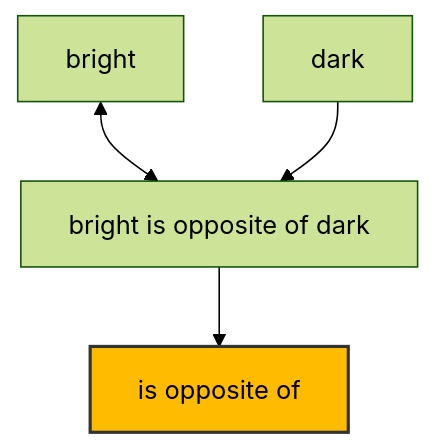
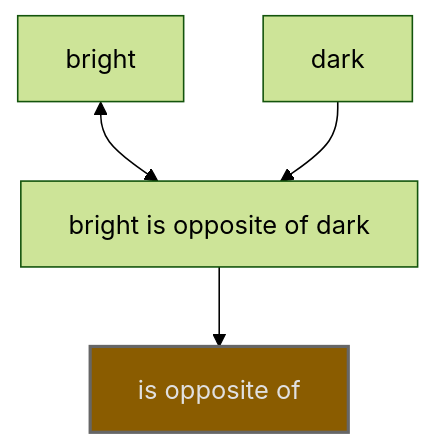
The third of 3 diagrams in mkdocs/docs/index.md (acrion/zelph), drawn with Mermaid (forest theme) before and after one commit. The commit also changed other lines of this file and 13 other files, not shown here.

First line of the commit message:
Use 64-bit Node everywhere, harden Mermaid, and ship the math stack

````diff
--- a/mkdocs/docs/index.md
+++ b/mkdocs/docs/index.md
@@ -526,11 +526,11 @@
 ```mermaid
 graph TD
     n_11["dark"]
     n_9["bright"]
     n_8445031417147704759["bright is opposite of dark"]
     n_10["is opposite of"]
-    style n_10 fill:#FFBB00,stroke:#333,stroke-width:2px
+    style n_10 fill:#8a5c00,stroke:#666666,stroke-width:2px,color:#e0e0e0
     n_8445031417147704759 --> n_10
     n_9 <--> n_8445031417147704759
     n_11 --> n_8445031417147704759
 ```
````
